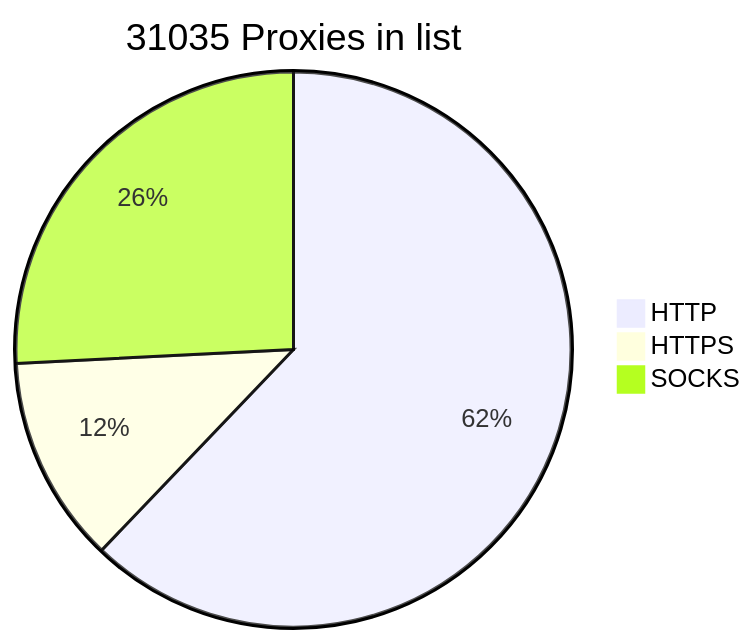
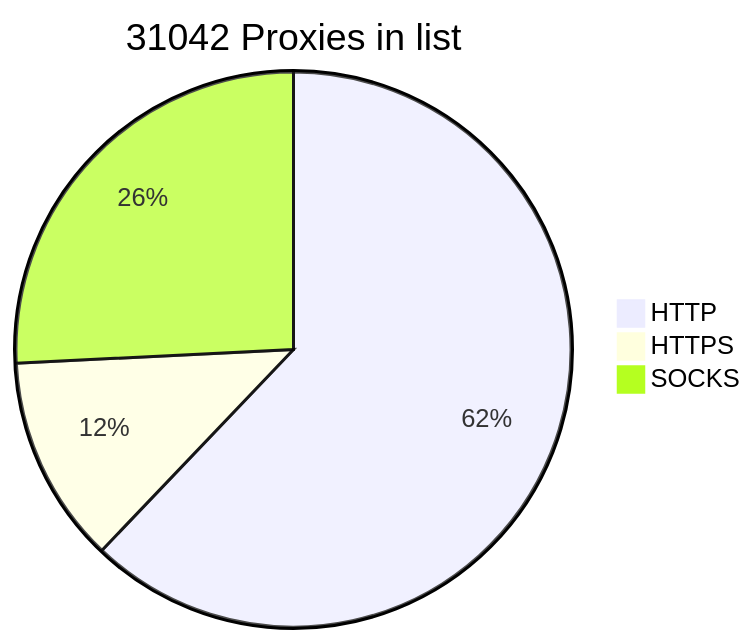
One commit to BlackSnowDot/proxylist-update-every-minute changed the diagram in README.md. Above: the diagram before and after it, drawn with Mermaid.

````diff
--- a/README.md
+++ b/README.md
@@ -2,6 +2,6 @@
 ```mermaid
-pie title 31035 Proxies in list
-    "HTTP" : 21199
-    "HTTPS": 4115
+pie title 31042 Proxies in list
+    "HTTP" : 21201
+    "HTTPS": 4126
     "SOCKS" : 8801
 ```
````
